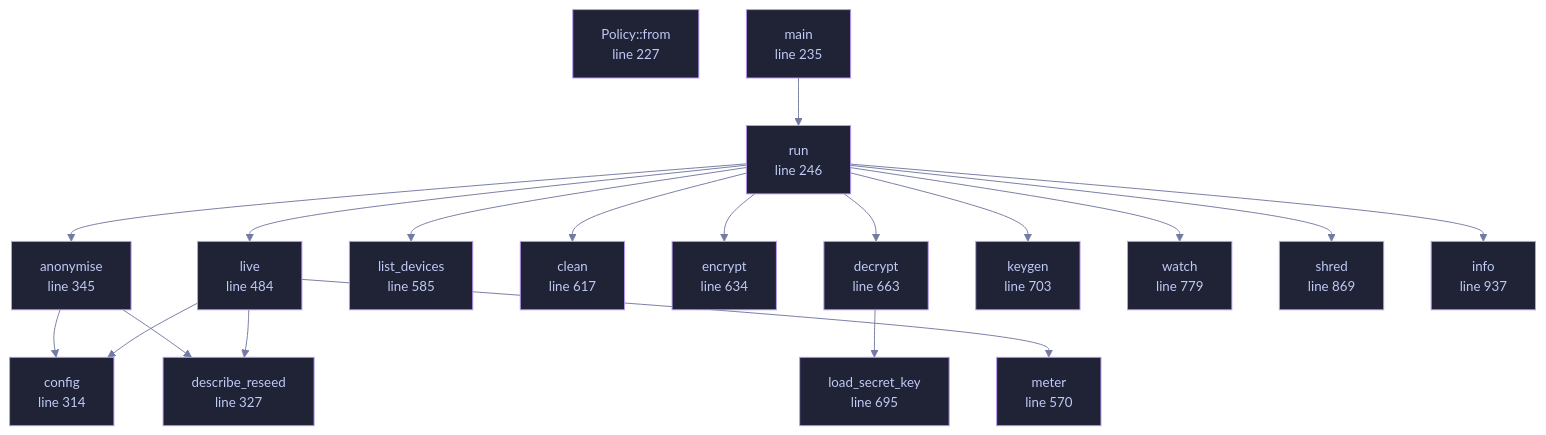
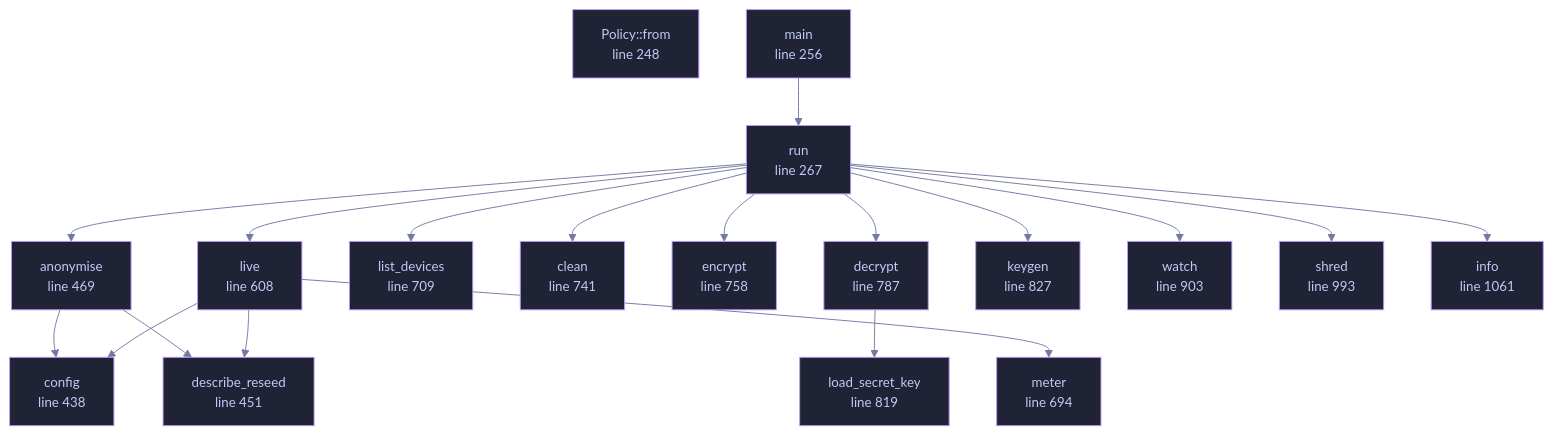
Before and after one commit to tilas01/veilvoice: the diagram in docs/files/veilvoice-cli/main.md, drawn with Mermaid. The commit also changed other lines of this file and 16 other files, not shown here.

````diff
--- a/docs/files/veilvoice-cli/main.md
+++ b/docs/files/veilvoice-cli/main.md
@@ -94,40 +94,40 @@
 ```mermaid
 %%{init: {"theme":"base","themeVariables":{"background":"#1a1b26","primaryColor":"#1f2335","primaryTextColor":"#c0caf5","primaryBorderColor":"#7aa2f7","secondaryColor":"#16161e","tertiaryColor":"#16161e","lineColor":"#737aa2","textColor":"#c0caf5","mainBkg":"#1f2335","nodeBorder":"#7aa2f7","clusterBkg":"#16161e","clusterBorder":"#2f3549","fontFamily":"ui-monospace, SFMono-Regular, Consolas, monospace","fontSize":"14px"}}}%%
 flowchart TD
-    n_from["Policy::from<br/>line 227"]
-    n_main["main<br/>line 235"]
-    n_run["run<br/>line 246"]
-    n_config["config<br/>line 314"]
-    n_describe_reseed["describe_reseed<br/>line 327"]
-    n_anonymise["anonymise<br/>line 345"]
-    n_live["live<br/>line 484"]
-    n_meter["meter<br/>line 570"]
-    n_list_devices["list_devices<br/>line 585"]
-    n_clean["clean<br/>line 617"]
-    n_encrypt["encrypt<br/>line 634"]
-    n_decrypt["decrypt<br/>line 663"]
-    n_load_secret_key["load_secret_key<br/>line 695"]
-    n_keygen["keygen<br/>line 703"]
-    n_watch["watch<br/>line 779"]
-    n_shred["shred<br/>line 869"]
-    n_info["info<br/>line 937"]
+    n_from["Policy::from<br/>line 248"]
+    n_main["main<br/>line 256"]
+    n_run["run<br/>line 267"]
+    n_config["config<br/>line 438"]
+    n_describe_reseed["describe_reseed<br/>line 451"]
+    n_anonymise["anonymise<br/>line 469"]
+    n_live["live<br/>line 608"]
+    n_meter["meter<br/>line 694"]
+    n_list_devices["list_devices<br/>line 709"]
+    n_clean["clean<br/>line 741"]
+    n_encrypt["encrypt<br/>line 758"]
+    n_decrypt["decrypt<br/>line 787"]
+    n_load_secret_key["load_secret_key<br/>line 819"]
+    n_keygen["keygen<br/>line 827"]
+    n_watch["watch<br/>line 903"]
+    n_shred["shred<br/>line 993"]
+    n_info["info<br/>line 1061"]
     n_anonymise --> n_config
     n_anonymise --> n_describe_reseed
     n_decrypt --> n_load_secret_key
     n_live --> n_config
     n_live --> n_describe_reseed
     n_live --> n_meter
     n_main --> n_run
     n_run --> n_anonymise
     n_run --> n_clean
     n_run --> n_decrypt
     n_run --> n_encrypt
     n_run --> n_info
     n_run --> n_keygen
     n_run --> n_list_devices
     n_run --> n_live
     n_run --> n_shred
     n_run --> n_watch
     classDef helper fill:#1f2335,stroke:#bb9af7,color:#c0caf5
     class n_from,n_main,n_run,n_config,n_describe_reseed,n_anonymise,n_live,n_meter,n_list_devices,n_clean,n_encrypt,n_decrypt,n_load_secret_key,n_keygen,n_watch,n_shred,n_info helper
 ```
````
